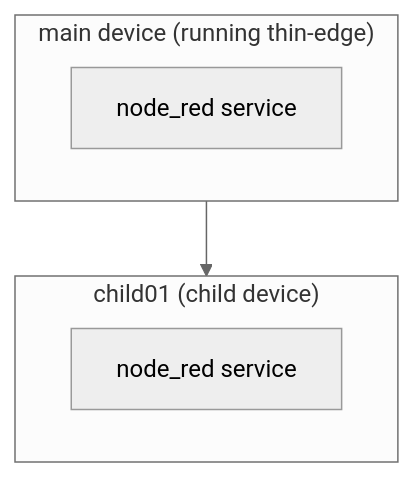
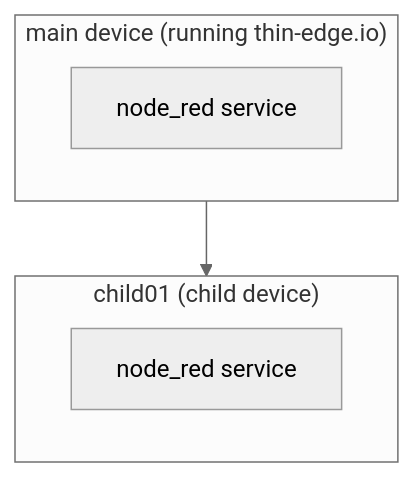
One commit to thin-edge/thin-edge.io changed the fourth of 10 diagrams in docs/src/references/mqtt_api.md. Above: the diagram before and after it, drawn with Mermaid (neutral theme). The commit also changed other lines of this file and 78 other files, not shown here.

````diff
--- a/docs/src/references/mqtt_api.md
+++ b/docs/src/references/mqtt_api.md
@@ -112,13 +112,13 @@
 ```mermaid
 graph TD
   main --> child01
   
-  subgraph main["main device (running thin-edge)"]
+  subgraph main["main device (running thin-edge.io)"]
     nodedred01["node_red service"]
   end
 
   subgraph child01["child01 (child device)"]
     nodedred02["node_red service"]
   end
 
 ```
````
